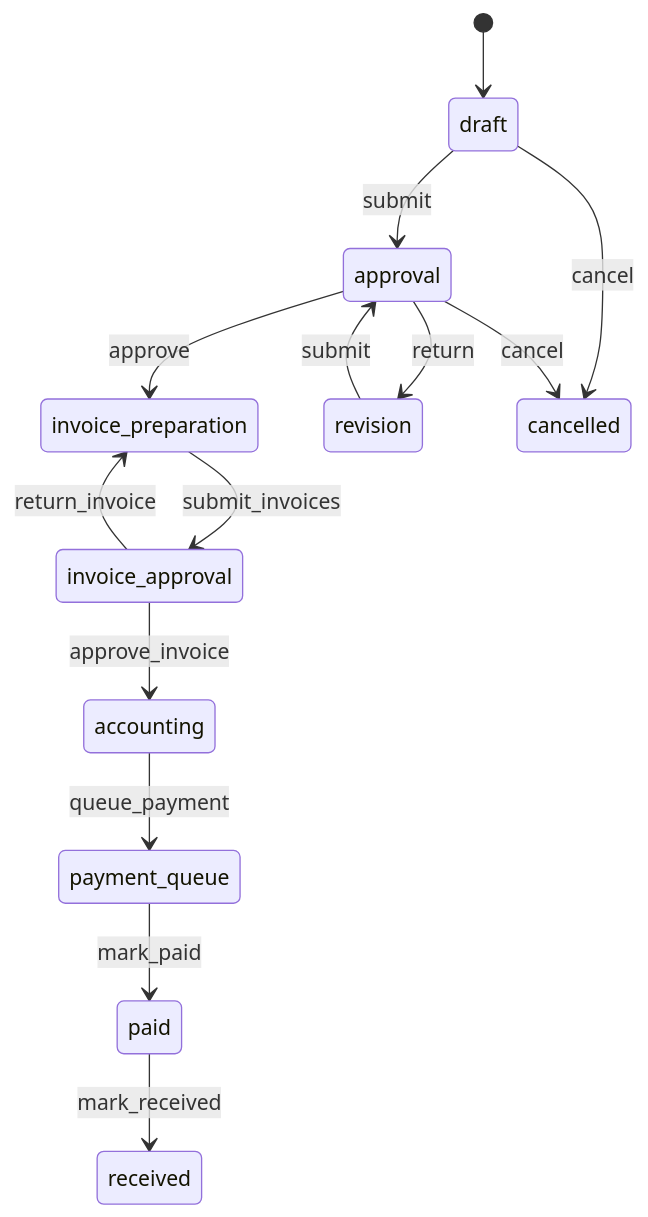
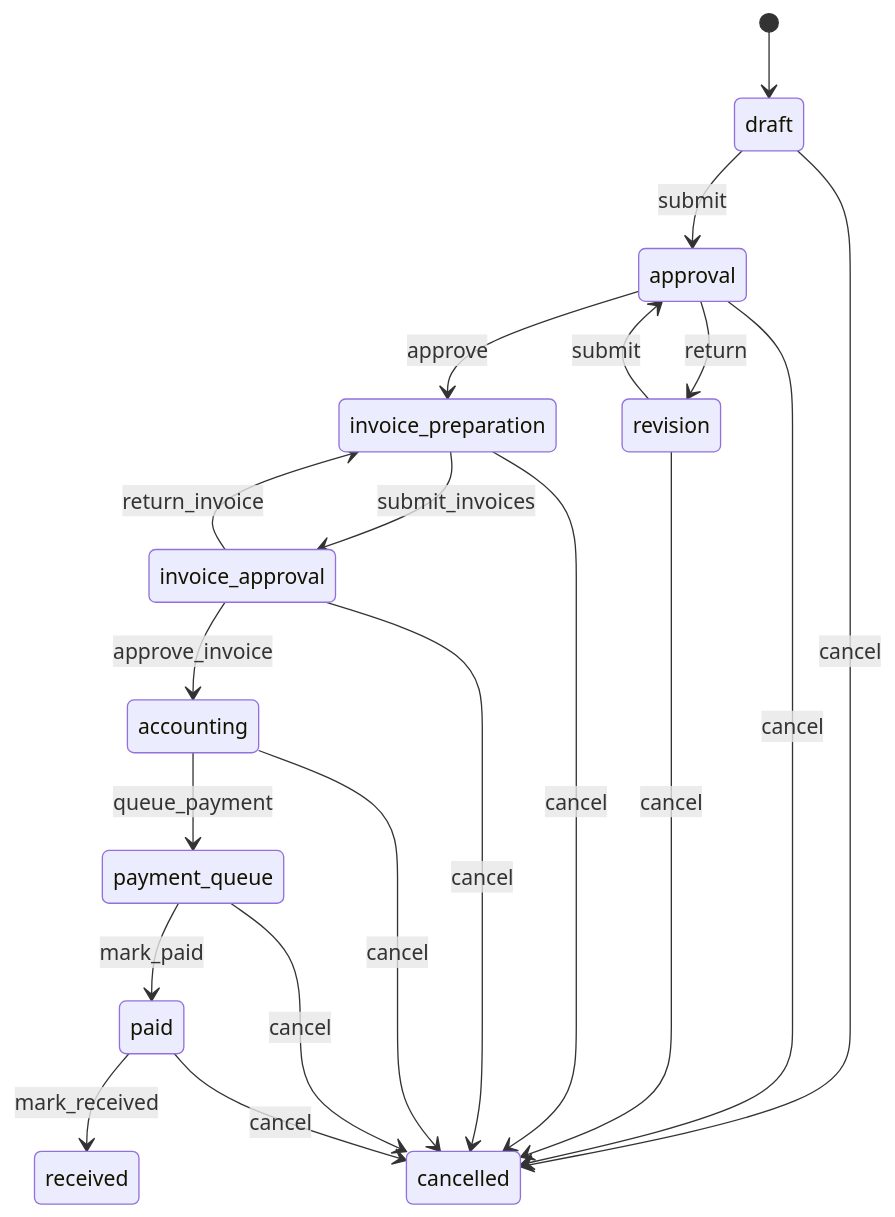
One commit to dimnok/projectgt changed the diagram in docs/purchase_requests/purchase_requests_module.md. Above: the diagram before and after it, drawn with Mermaid. The commit also changed other lines of this file and 14 other files, not shown here.

````diff
--- a/docs/purchase_requests/purchase_requests_module.md
+++ b/docs/purchase_requests/purchase_requests_module.md
@@ -500,16 +531,22 @@
 ```mermaid
 stateDiagram-v2
     [*] --> draft
     draft --> approval: submit
     approval --> invoice_preparation: approve
     approval --> revision: return
     revision --> approval: submit
     invoice_preparation --> invoice_approval: submit_invoices
     invoice_approval --> accounting: approve_invoice
     invoice_approval --> invoice_preparation: return_invoice
     accounting --> payment_queue: queue_payment
     payment_queue --> paid: mark_paid
     paid --> received: mark_received
     draft --> cancelled: cancel
     approval --> cancelled: cancel
+    revision --> cancelled: cancel
+    invoice_preparation --> cancelled: cancel
+    invoice_approval --> cancelled: cancel
+    accounting --> cancelled: cancel
+    payment_queue --> cancelled: cancel
+    paid --> cancelled: cancel
 ```
````
